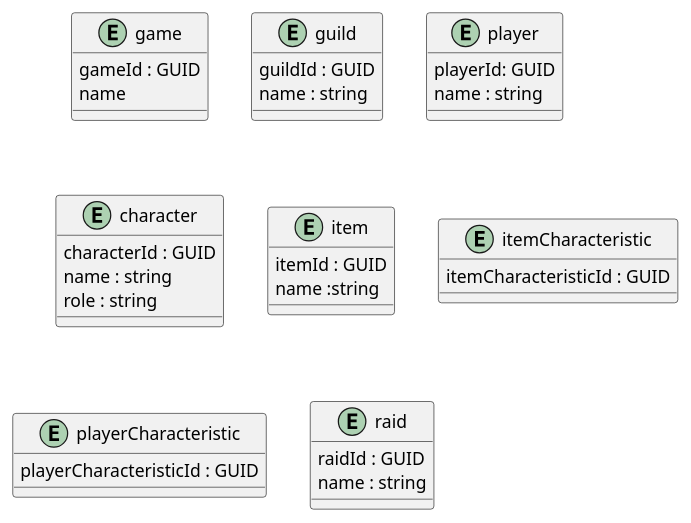
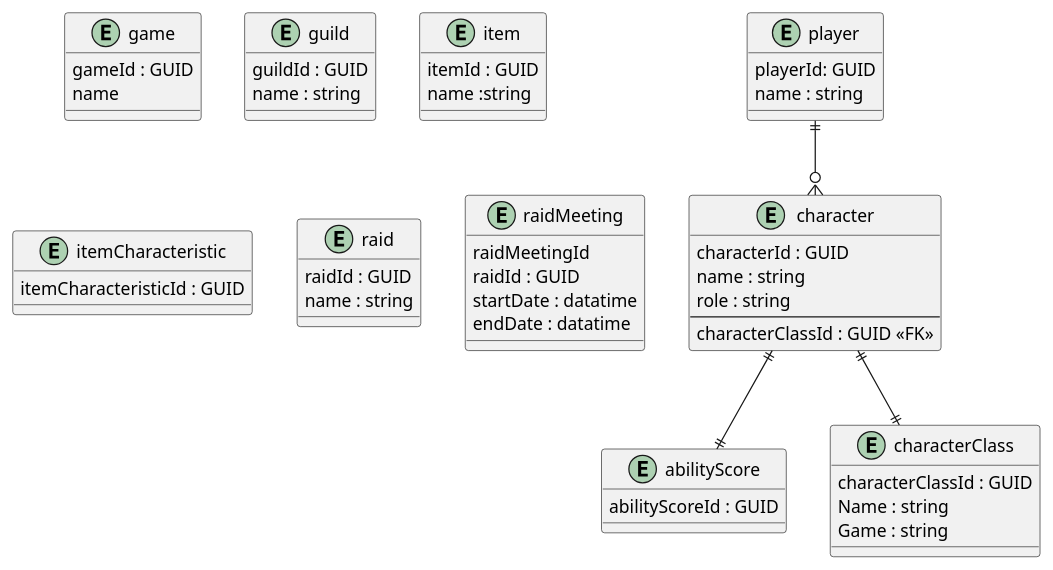
One commit to Ylliahc/RaidManager-documentation changed the diagram in src/diagrams/database/entities.puml. Above: the diagram before and after it, drawn with PlantUML. The commit also changed 2 other files, not shown here.

Commit message:
add requirements + start design entities

```diff
--- a/src/diagrams/database/entities.puml
+++ b/src/diagrams/database/entities.puml
@@ -1,42 +1,63 @@
 @startuml database_entities
 
 entity game {
     gameId : GUID
     name
 }
 
 entity guild {
     guildId : GUID
     name : string
 }
 
 entity player {
     playerId: GUID
     name : string
 }
 
 entity character {
     characterId : GUID
     name : string
     role : string
+    --
+    characterClassId : GUID <<FK>>
 }
 
 entity item {
     itemId : GUID
     name :string
 }
 
 entity itemCharacteristic {
     itemCharacteristicId : GUID
 }
 
-entity playerCharacteristic {
-    playerCharacteristicId : GUID
+entity abilityScore {
+    abilityScoreId : GUID
 }
 
 entity raid {
     raidId : GUID
     name : string
 }
 
+entity characterClass {
+    characterClassId : GUID
+    Name : string
+    Game : string
+}
+
+entity raidMeeting {
+    raidMeetingId
+    raidId : GUID
+    startDate : datatime
+    endDate : datatime
+}
+
+
+player ||--o{ character
+character ||--|| abilityScore
+character ||--|| characterClass
+
+
 @enduml
```
